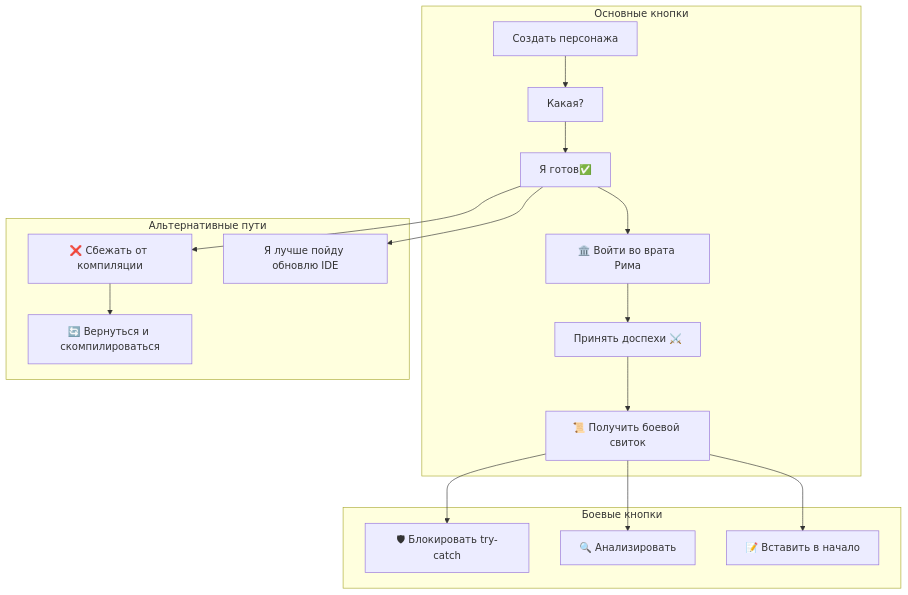
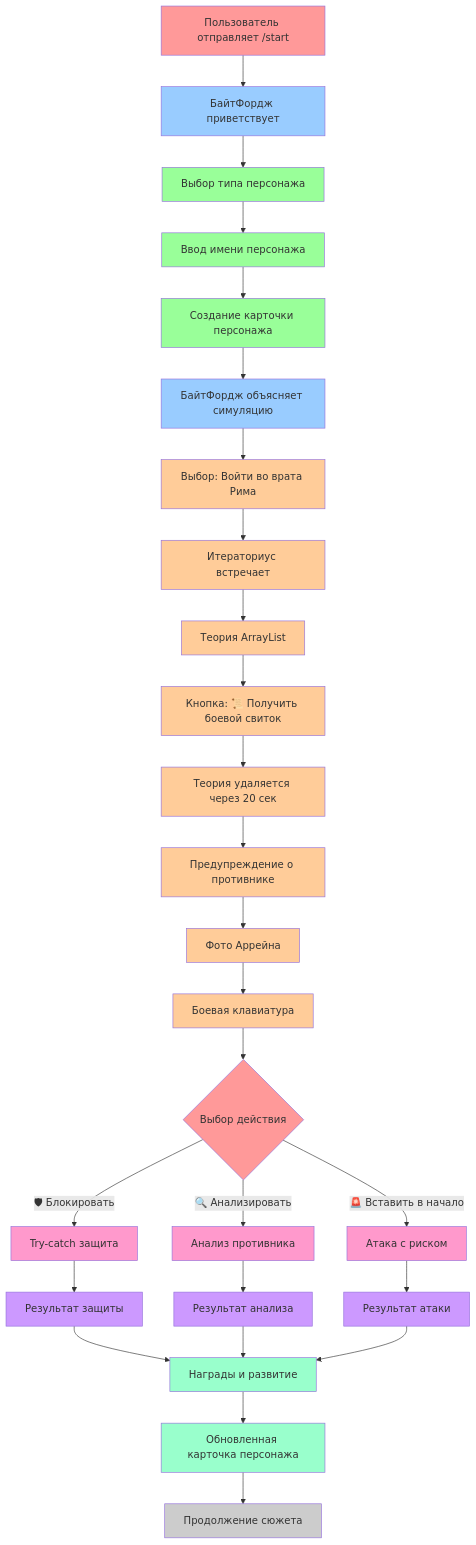
One commit to CodeHacker23/TG_BOT_PRAKTIKA_18_05_25 changed the second of 11 diagrams in STORY_DIAGRAMS.md. Above: the diagram before and after it, drawn with Mermaid. The commit also changed other lines of this file and 13 other files, not shown here.

````diff
--- a/STORY_DIAGRAMS.md
+++ b/STORY_DIAGRAMS.md
@@ -112,35 +66,57 @@
 ```mermaid
-graph TD
-    subgraph "Основные кнопки"
-        A[Создать персонажа]
-        B[Какая?]
-        C[Я готов✅]
-        D[🏛️ Войти во врата Рима]
-        E[Принять доспехи ⚔️]
-        F[📜 Получить боевой свиток]
-    end
+flowchart TD
+    A[Пользователь отправляет /start] --> B[БайтФордж приветствует]
+    B --> C[Выбор типа персонажа]
+    C --> D[Ввод имени персонажа]
+    D --> E[Создание карточки персонажа]
+    E --> F[БайтФордж объясняет симуляцию]
+    F --> G[Выбор: Войти во врата Рима]
+    G --> H[Итераториус встречает]
+    H --> I[Теория ArrayList]
+    I --> J[Кнопка: 📜 Получить боевой свиток]
+    J --> K[Теория удаляется через 20 сек]
+    K --> L[Предупреждение о противнике]
+    L --> M[Фото Аррейна]
+    M --> N[Боевая клавиатура]
+    N --> O{Выбор действия}
     
-    subgraph "Боевые кнопки"
-        G[🛡 Блокировать try-catch]
-        H[🔍 Анализировать]
-        I[📝 Вставить в начало]
-    end
+    O -->|🛡 Блокировать| P[Try-catch защита]
+    O -->|🔍 Анализировать| Q[Анализ противника]
+    O -->|🚨 Вставить в начало| R[Атака с риском]
     
-    subgraph "Альтернативные пути"
-        J[❌ Сбежать от компиляции]
-        K[Я лучше пойду обновлю IDE]
-        L[🔄 Вернуться и скомпилироваться]
-    end
+    P --> S[Результат защиты]
+    Q --> T[Результат анализа]
+    R --> U[Результат атаки]
     
-    A --> B
-    B --> C
-    C --> D
-    D --> E
-    E --> F
-    F --> G
-    F --> H
-    F --> I
-    C --> J
-    C --> K
-    J --> L
+    S --> V[Награды и развитие]
+    T --> V
+    U --> V
+    
+    V --> W[Обновленная карточка персонажа]
+    W --> X[Продолжение сюжета]
+    
+    style A fill:#ff9999
+    style B fill:#99ccff
+    style C fill:#99ff99
+    style D fill:#99ff99
+    style E fill:#99ff99
+    style F fill:#99ccff
+    style G fill:#ffcc99
+    style H fill:#ffcc99
+    style I fill:#ffcc99
+    style J fill:#ffcc99
+    style K fill:#ffcc99
+    style L fill:#ffcc99
+    style M fill:#ffcc99
+    style N fill:#ffcc99
+    style O fill:#ff9999
+    style P fill:#ff99cc
+    style Q fill:#ff99cc
+    style R fill:#ff99cc
+    style S fill:#cc99ff
+    style T fill:#cc99ff
+    style U fill:#cc99ff
+    style V fill:#99ffcc
+    style W fill:#99ffcc
+    style X fill:#cccccc
 ```
````
